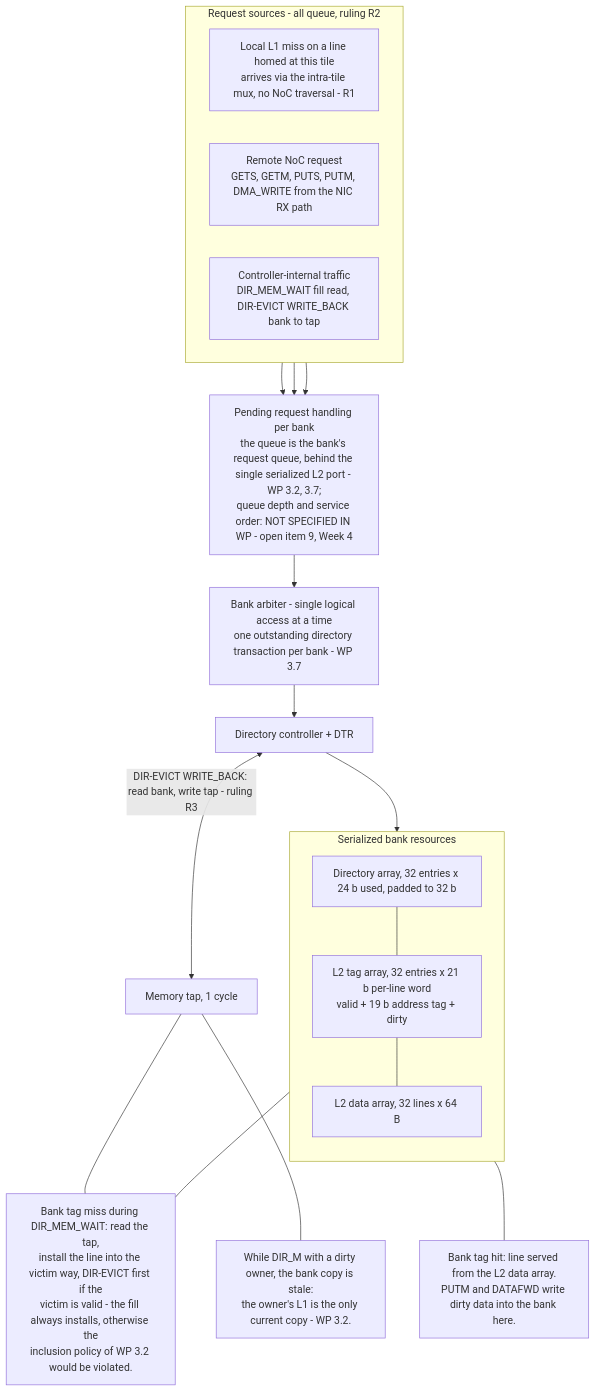
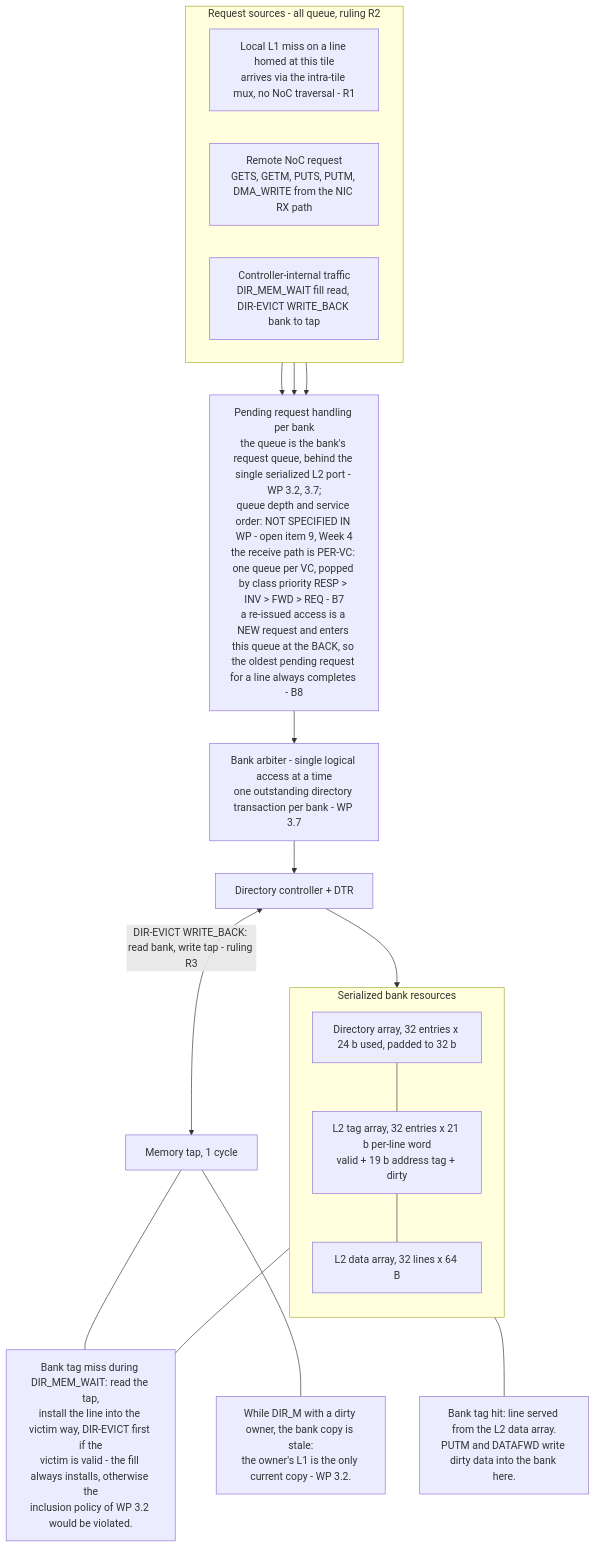
Before and after one commit to dkolhe21/cdac_project: the tenth of 13 diagrams in white_papers/final/HLD_LLD_4x4_architecture.md, drawn with Mermaid. The commit also changed other lines of this file and 282 other files, not shown here.

````diff
--- a/white_papers/final/HLD_LLD_4x4_architecture.md
+++ b/white_papers/final/HLD_LLD_4x4_architecture.md
@@ -431,33 +432,33 @@
 ```mermaid
 flowchart TB
     subgraph SRC["Request sources - all queue, ruling R2"]
         direction LR
         S1["Local L1 miss on a line homed at this tile<br/>arrives via the intra-tile mux, no NoC traversal - R1"]
         S2["Remote NoC request<br/>GETS, GETM, PUTS, PUTM, DMA_WRITE from the NIC RX path"]
         S3["Controller-internal traffic<br/>DIR_MEM_WAIT fill read, DIR-EVICT WRITE_BACK bank to tap"]
     end
-    Q["Pending request handling per bank<br/>the queue is the bank's request queue, behind the single serialized L2 port - WP 3.2, 3.7;<br/>queue depth and service order: NOT SPECIFIED IN WP - open item 9, Week 4"]
+    Q["Pending request handling per bank<br/>the queue is the bank's request queue, behind the single serialized L2 port - WP 3.2, 3.7;<br/>queue depth and service order: NOT SPECIFIED IN WP - open item 9, Week 4<br/>the receive path is PER-VC: one queue per VC, popped by class priority RESP &gt; INV &gt; FWD &gt; REQ - B7<br/>a re-issued access is a NEW request and enters this queue at the BACK, so the oldest pending request for a line always completes - B8"]
     ARB["Bank arbiter - single logical access at a time<br/>one outstanding directory transaction per bank - WP 3.7"]
     CTRL["Directory controller + DTR"]
     subgraph ARRAYS["Serialized bank resources"]
         direction TB
         DARR2["Directory array, 32 entries x 24 b used, padded to 32 b"]
         TAGD["L2 tag array, 32 entries x 21 b per-line word<br/>valid + 19 b address tag + dirty"]
         DATAD["L2 data array, 32 lines x 64 B"]
         DARR2 --- TAGD --- DATAD
     end
     TAP2["Memory tap, 1 cycle"]
     S1 --> Q
     S2 --> Q
     S3 --> Q
     Q --> ARB --> CTRL
     CTRL --> ARRAYS
     HITPATH["Bank tag hit: line served from the L2 data array.<br/>PUTM and DATAFWD write dirty data into the bank here."]
     MISSPATH["Bank tag miss during DIR_MEM_WAIT: read the tap,<br/>install the line into the victim way, DIR-EVICT first if the<br/>victim is valid - the fill always installs, otherwise the<br/>inclusion policy of WP 3.2 would be violated."]
     STALE["While DIR_M with a dirty owner, the bank copy is stale:<br/>the owner's L1 is the only current copy - WP 3.2."]
     ARRAYS --- HITPATH
     ARRAYS --- MISSPATH
     TAP2 --- MISSPATH
     TAP2 --- STALE
     CTRL <-->|"DIR-EVICT WRITE_BACK: read bank, write tap - ruling R3"| TAP2
 ```
````
